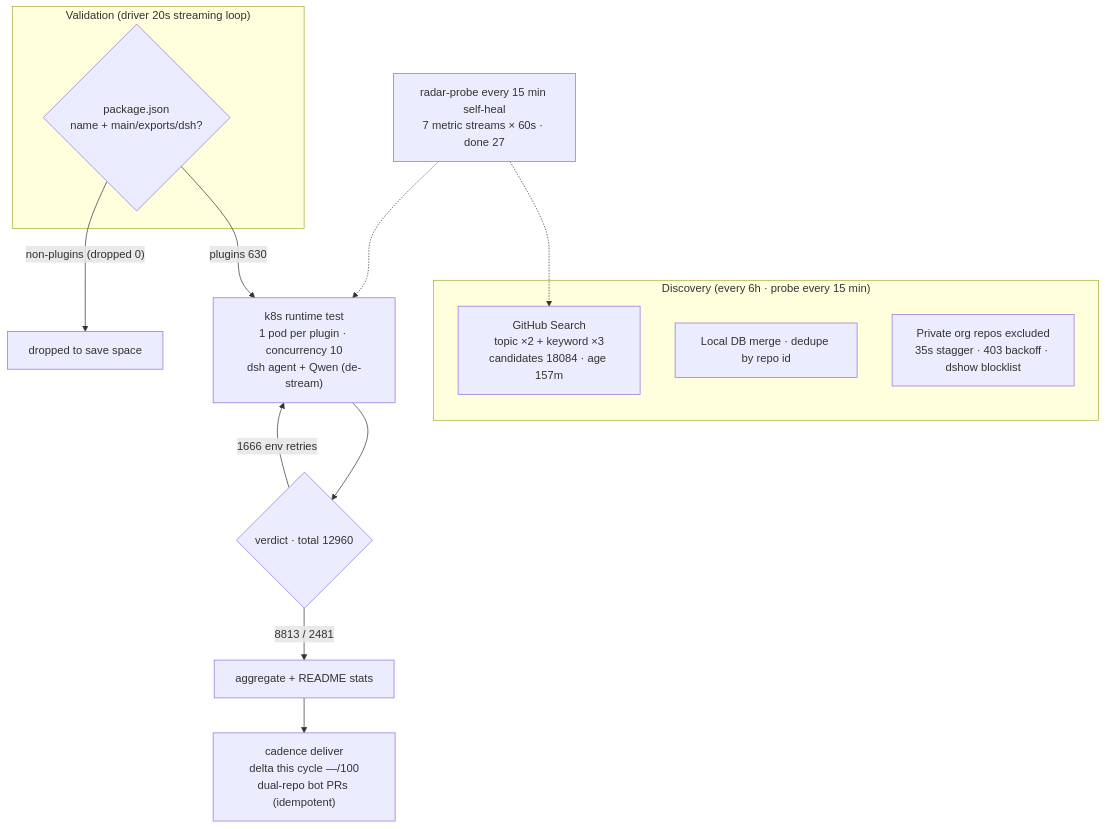
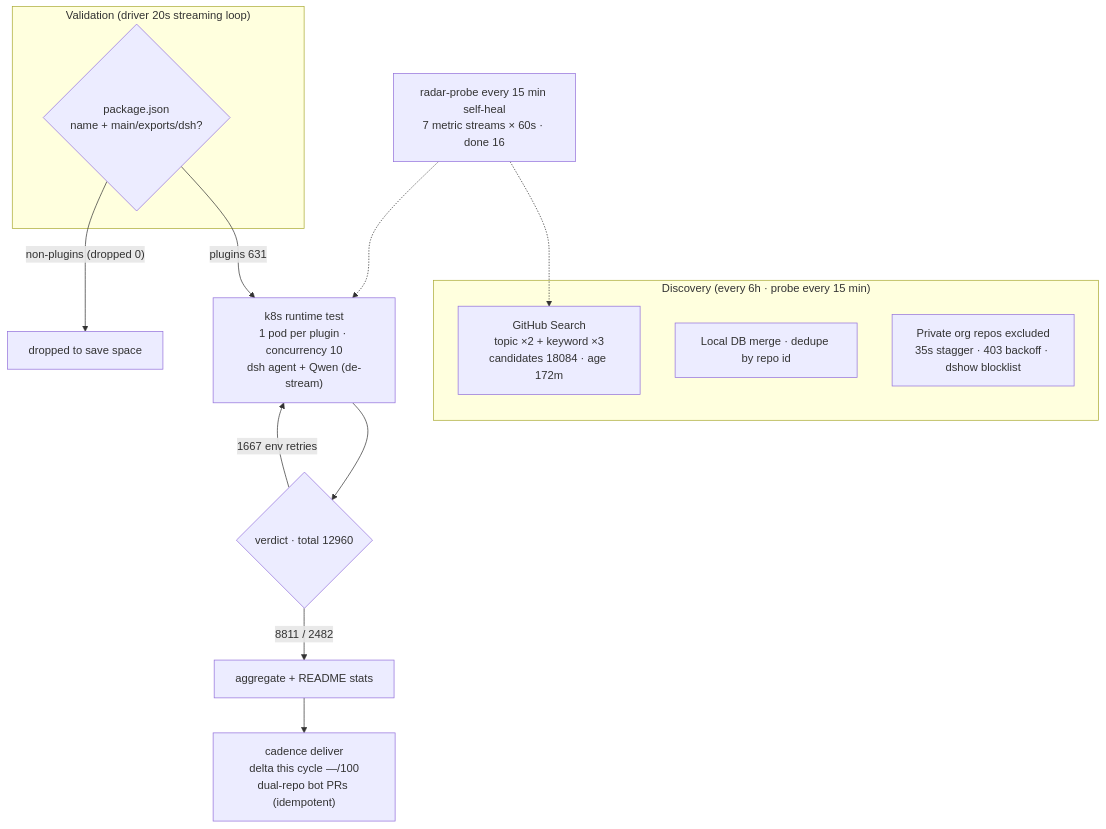
One commit to AdamPlatin123/awesome-dsh-plugins changed the diagram in README.en-US.md. Above: the diagram before and after it, drawn with Mermaid. The commit also changed other lines of this file and 5 other files, not shown here.

````diff
--- a/README.en-US.md
+++ b/README.en-US.md
@@ -45,20 +45,20 @@
 ```mermaid
 flowchart TB
     subgraph Discovery["Discovery (every 6h · probe every 15 min)"]
-        A1["GitHub Search<br/>topic ×2 + keyword ×3<br/>candidates 18084 · age 157m"]
+        A1["GitHub Search<br/>topic ×2 + keyword ×3<br/>candidates 18084 · age 172m"]
         A2["Local DB merge · dedupe by repo id"]
         A3["Private org repos excluded<br/>35s stagger · 403 backoff · dshow blocklist"]
     end
     subgraph Validation["Validation (driver 20s streaming loop)"]
         B1{"package.json<br/>name + main/exports/dsh?"}
     end
-    B1 -->|"plugins 630"| C1["k8s runtime test<br/>1 pod per plugin · concurrency 10<br/>dsh agent + Qwen (de-stream)"]
+    B1 -->|"plugins 631"| C1["k8s runtime test<br/>1 pod per plugin · concurrency 10<br/>dsh agent + Qwen (de-stream)"]
     B1 -->|"non-plugins (dropped 0)"| B3["dropped to save space"]
     C1 --> D1{"verdict · total 12960"}
-    D1 -->|"8813 / 2481"| E1["aggregate + README stats"]
-    D1 -->|"1666 env retries"| C1
+    D1 -->|"8811 / 2482"| E1["aggregate + README stats"]
+    D1 -->|"1667 env retries"| C1
     E1 --> E2["cadence deliver<br/>delta this cycle —/100<br/>dual-repo bot PRs (idempotent)"]
-    M["radar-probe every 15 min self-heal<br/>7 metric streams × 60s · done 27"]
+    M["radar-probe every 15 min self-heal<br/>7 metric streams × 60s · done 16"]
     M -.-> A1
     M -.-> C1
 ```
````
